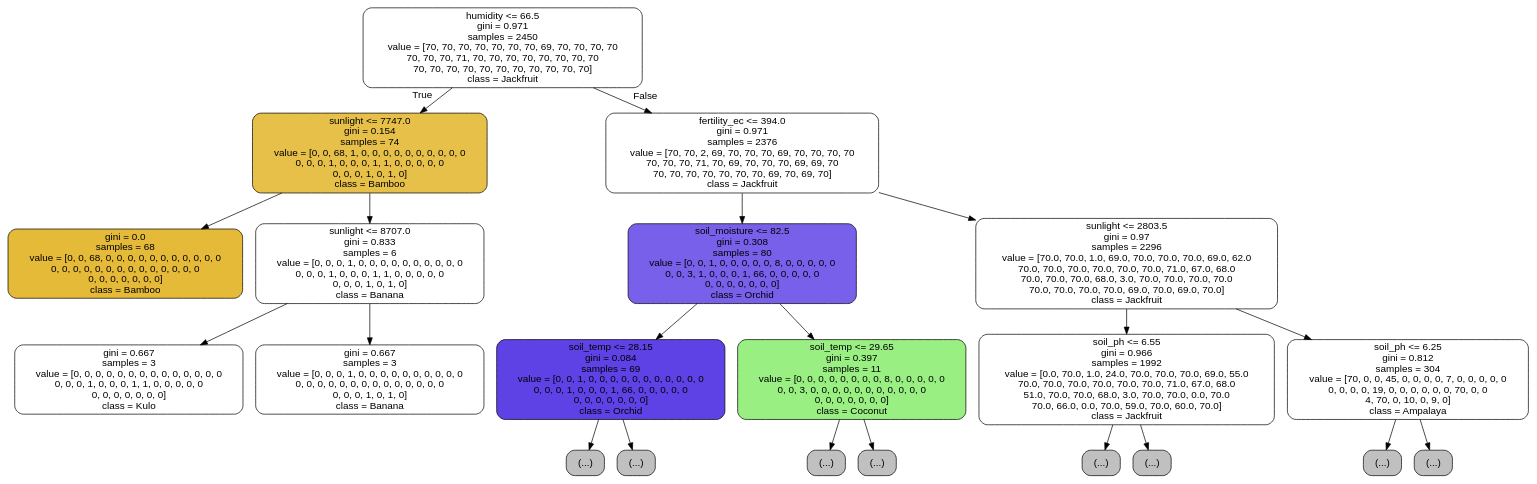
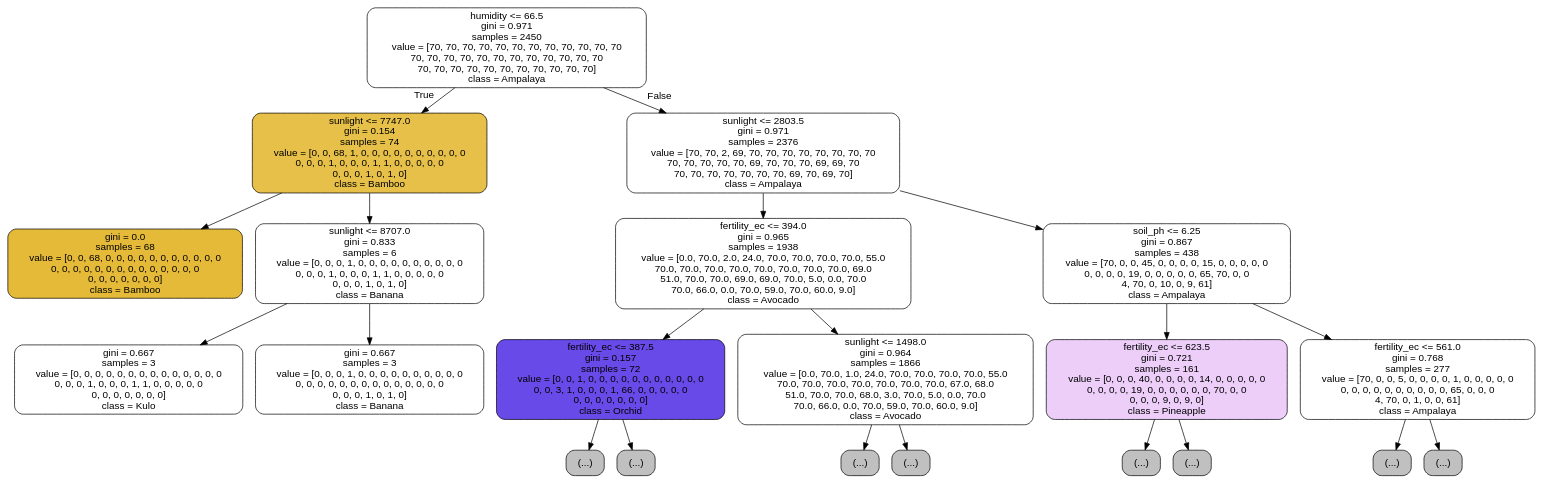
Before and after one commit to CyrusUmali/AiCROP: the diagram in precomputation/decision_tree.dot, drawn with Graphviz. The commit also changed 28 other files, not shown here.

```diff
--- a/precomputation/decision_tree.dot
+++ b/precomputation/decision_tree.dot
@@ -1,45 +1,45 @@
 digraph Tree {
 node [shape=box, style="filled, rounded", color="black", fontname="helvetica"] ;
 edge [fontname="helvetica"] ;
-0 [label="humidity <= 66.5\ngini = 0.971\nsamples = 2450\nvalue = [70, 70, 70, 70, 70, 70, 70, 69, 70, 70, 70, 70\n70, 70, 70, 71, 70, 70, 70, 70, 70, 70, 70, 70\n70, 70, 70, 70, 70, 70, 70, 70, 70, 70, 70]\nclass = Jackfruit", fillcolor="#ffffff"] ;
+0 [label="humidity <= 66.5\ngini = 0.971\nsamples = 2450\nvalue = [70, 70, 70, 70, 70, 70, 70, 70, 70, 70, 70, 70\n70, 70, 70, 70, 70, 70, 70, 70, 70, 70, 70, 70\n70, 70, 70, 70, 70, 70, 70, 70, 70, 70, 70]\nclass = Ampalaya", fillcolor="#ffffff"] ;
 1 [label="sunlight <= 7747.0\ngini = 0.154\nsamples = 74\nvalue = [0, 0, 68, 1, 0, 0, 0, 0, 0, 0, 0, 0, 0, 0\n0, 0, 0, 1, 0, 0, 0, 1, 1, 0, 0, 0, 0, 0\n0, 0, 0, 1, 0, 1, 0]\nclass = Bamboo", fillcolor="#e7c049"] ;
 0 -> 1 [labeldistance=2.5, labelangle=45, headlabel="True"] ;
 2 [label="gini = 0.0\nsamples = 68\nvalue = [0, 0, 68, 0, 0, 0, 0, 0, 0, 0, 0, 0, 0, 0\n0, 0, 0, 0, 0, 0, 0, 0, 0, 0, 0, 0, 0, 0\n0, 0, 0, 0, 0, 0, 0]\nclass = Bamboo", fillcolor="#e5ba39"] ;
 1 -> 2 ;
 3 [label="sunlight <= 8707.0\ngini = 0.833\nsamples = 6\nvalue = [0, 0, 0, 1, 0, 0, 0, 0, 0, 0, 0, 0, 0, 0\n0, 0, 0, 1, 0, 0, 0, 1, 1, 0, 0, 0, 0, 0\n0, 0, 0, 1, 0, 1, 0]\nclass = Banana", fillcolor="#ffffff"] ;
 1 -> 3 ;
 4 [label="gini = 0.667\nsamples = 3\nvalue = [0, 0, 0, 0, 0, 0, 0, 0, 0, 0, 0, 0, 0, 0\n0, 0, 0, 1, 0, 0, 0, 1, 1, 0, 0, 0, 0, 0\n0, 0, 0, 0, 0, 0, 0]\nclass = Kulo", fillcolor="#ffffff"] ;
 3 -> 4 ;
 5 [label="gini = 0.667\nsamples = 3\nvalue = [0, 0, 0, 1, 0, 0, 0, 0, 0, 0, 0, 0, 0, 0\n0, 0, 0, 0, 0, 0, 0, 0, 0, 0, 0, 0, 0, 0\n0, 0, 0, 1, 0, 1, 0]\nclass = Banana", fillcolor="#ffffff"] ;
 3 -> 5 ;
-6 [label="fertility_ec <= 394.0\ngini = 0.971\nsamples = 2376\nvalue = [70, 70, 2, 69, 70, 70, 70, 69, 70, 70, 70, 70\n70, 70, 70, 71, 70, 69, 70, 70, 70, 69, 69, 70\n70, 70, 70, 70, 70, 70, 70, 69, 70, 69, 70]\nclass = Jackfruit", fillcolor="#ffffff"] ;
+6 [label="sunlight <= 2803.5\ngini = 0.971\nsamples = 2376\nvalue = [70, 70, 2, 69, 70, 70, 70, 70, 70, 70, 70, 70\n70, 70, 70, 70, 70, 69, 70, 70, 70, 69, 69, 70\n70, 70, 70, 70, 70, 70, 70, 69, 70, 69, 70]\nclass = Ampalaya", fillcolor="#ffffff"] ;
 0 -> 6 [labeldistance=2.5, labelangle=-45, headlabel="False"] ;
-7 [label="soil_moisture <= 82.5\ngini = 0.308\nsamples = 80\nvalue = [0, 0, 1, 0, 0, 0, 0, 0, 8, 0, 0, 0, 0, 0\n0, 0, 3, 1, 0, 0, 0, 1, 66, 0, 0, 0, 0, 0\n0, 0, 0, 0, 0, 0, 0]\nclass = Orchid", fillcolor="#7860ea"] ;
+7 [label="fertility_ec <= 394.0\ngini = 0.965\nsamples = 1938\nvalue = [0.0, 70.0, 2.0, 24.0, 70.0, 70.0, 70.0, 70.0, 55.0\n70.0, 70.0, 70.0, 70.0, 70.0, 70.0, 70.0, 70.0, 69.0\n51.0, 70.0, 70.0, 69.0, 69.0, 70.0, 5.0, 0.0, 70.0\n70.0, 66.0, 0.0, 70.0, 59.0, 70.0, 60.0, 9.0]\nclass = Avocado", fillcolor="#ffffff"] ;
 6 -> 7 ;
-8 [label="soil_temp <= 28.15\ngini = 0.084\nsamples = 69\nvalue = [0, 0, 1, 0, 0, 0, 0, 0, 0, 0, 0, 0, 0, 0\n0, 0, 0, 1, 0, 0, 0, 1, 66, 0, 0, 0, 0, 0\n0, 0, 0, 0, 0, 0, 0]\nclass = Orchid", fillcolor="#5f42e6"] ;
+8 [label="fertility_ec <= 387.5\ngini = 0.157\nsamples = 72\nvalue = [0, 0, 1, 0, 0, 0, 0, 0, 0, 0, 0, 0, 0, 0\n0, 0, 3, 1, 0, 0, 0, 1, 66, 0, 0, 0, 0, 0\n0, 0, 0, 0, 0, 0, 0]\nclass = Orchid", fillcolor="#674ae7"] ;
 7 -> 8 ;
 9 [label="(...)", fillcolor="#C0C0C0"] ;
 8 -> 9 ;
 10 [label="(...)", fillcolor="#C0C0C0"] ;
 8 -> 10 ;
-13 [label="soil_temp <= 29.65\ngini = 0.397\nsamples = 11\nvalue = [0, 0, 0, 0, 0, 0, 0, 0, 8, 0, 0, 0, 0, 0\n0, 0, 3, 0, 0, 0, 0, 0, 0, 0, 0, 0, 0, 0\n0, 0, 0, 0, 0, 0, 0]\nclass = Coconut", fillcolor="#9aef83"] ;
-7 -> 13 ;
-14 [label="(...)", fillcolor="#C0C0C0"] ;
-13 -> 14 ;
-15 [label="(...)", fillcolor="#C0C0C0"] ;
-13 -> 15 ;
-16 [label="sunlight <= 2803.5\ngini = 0.97\nsamples = 2296\nvalue = [70.0, 70.0, 1.0, 69.0, 70.0, 70.0, 70.0, 69.0, 62.0\n70.0, 70.0, 70.0, 70.0, 70.0, 70.0, 71.0, 67.0, 68.0\n70.0, 70.0, 70.0, 68.0, 3.0, 70.0, 70.0, 70.0, 70.0\n70.0, 70.0, 70.0, 70.0, 69.0, 70.0, 69.0, 70.0]\nclass = Jackfruit", fillcolor="#ffffff"] ;
-6 -> 16 ;
-17 [label="soil_ph <= 6.55\ngini = 0.966\nsamples = 1992\nvalue = [0.0, 70.0, 1.0, 24.0, 70.0, 70.0, 70.0, 69.0, 55.0\n70.0, 70.0, 70.0, 70.0, 70.0, 70.0, 71.0, 67.0, 68.0\n51.0, 70.0, 70.0, 68.0, 3.0, 70.0, 70.0, 0.0, 70.0\n70.0, 66.0, 0.0, 70.0, 59.0, 70.0, 60.0, 70.0]\nclass = Jackfruit", fillcolor="#ffffff"] ;
-16 -> 17 ;
-18 [label="(...)", fillcolor="#C0C0C0"] ;
-17 -> 18 ;
-499 [label="(...)", fillcolor="#C0C0C0"] ;
-17 -> 499 ;
-688 [label="soil_ph <= 6.25\ngini = 0.812\nsamples = 304\nvalue = [70, 0, 0, 45, 0, 0, 0, 0, 7, 0, 0, 0, 0, 0\n0, 0, 0, 0, 19, 0, 0, 0, 0, 0, 0, 70, 0, 0\n4, 70, 0, 10, 0, 9, 0]\nclass = Ampalaya", fillcolor="#ffffff"] ;
-16 -> 688 ;
-689 [label="(...)", fillcolor="#C0C0C0"] ;
-688 -> 689 ;
-714 [label="(...)", fillcolor="#C0C0C0"] ;
-688 -> 714 ;
+15 [label="sunlight <= 1498.0\ngini = 0.964\nsamples = 1866\nvalue = [0.0, 70.0, 1.0, 24.0, 70.0, 70.0, 70.0, 70.0, 55.0\n70.0, 70.0, 70.0, 70.0, 70.0, 70.0, 70.0, 67.0, 68.0\n51.0, 70.0, 70.0, 68.0, 3.0, 70.0, 5.0, 0.0, 70.0\n70.0, 66.0, 0.0, 70.0, 59.0, 70.0, 60.0, 9.0]\nclass = Avocado", fillcolor="#ffffff"] ;
+7 -> 15 ;
+16 [label="(...)", fillcolor="#C0C0C0"] ;
+15 -> 16 ;
+277 [label="(...)", fillcolor="#C0C0C0"] ;
+15 -> 277 ;
+572 [label="soil_ph <= 6.25\ngini = 0.867\nsamples = 438\nvalue = [70, 0, 0, 45, 0, 0, 0, 0, 15, 0, 0, 0, 0, 0\n0, 0, 0, 0, 19, 0, 0, 0, 0, 0, 65, 70, 0, 0\n4, 70, 0, 10, 0, 9, 61]\nclass = Ampalaya", fillcolor="#ffffff"] ;
+6 -> 572 ;
+573 [label="fertility_ec <= 623.5\ngini = 0.721\nsamples = 161\nvalue = [0, 0, 0, 40, 0, 0, 0, 0, 14, 0, 0, 0, 0, 0\n0, 0, 0, 0, 19, 0, 0, 0, 0, 0, 0, 70, 0, 0\n0, 0, 0, 9, 0, 9, 0]\nclass = Pineapple", fillcolor="#eccef9"] ;
+572 -> 573 ;
+574 [label="(...)", fillcolor="#C0C0C0"] ;
+573 -> 574 ;
+589 [label="(...)", fillcolor="#C0C0C0"] ;
+573 -> 589 ;
+600 [label="fertility_ec <= 561.0\ngini = 0.768\nsamples = 277\nvalue = [70, 0, 0, 5, 0, 0, 0, 0, 1, 0, 0, 0, 0, 0\n0, 0, 0, 0, 0, 0, 0, 0, 0, 0, 65, 0, 0, 0\n4, 70, 0, 1, 0, 0, 61]\nclass = Ampalaya", fillcolor="#ffffff"] ;
+572 -> 600 ;
+601 [label="(...)", fillcolor="#C0C0C0"] ;
+600 -> 601 ;
+894 [label="(...)", fillcolor="#C0C0C0"] ;
+600 -> 894 ;
 }
```
